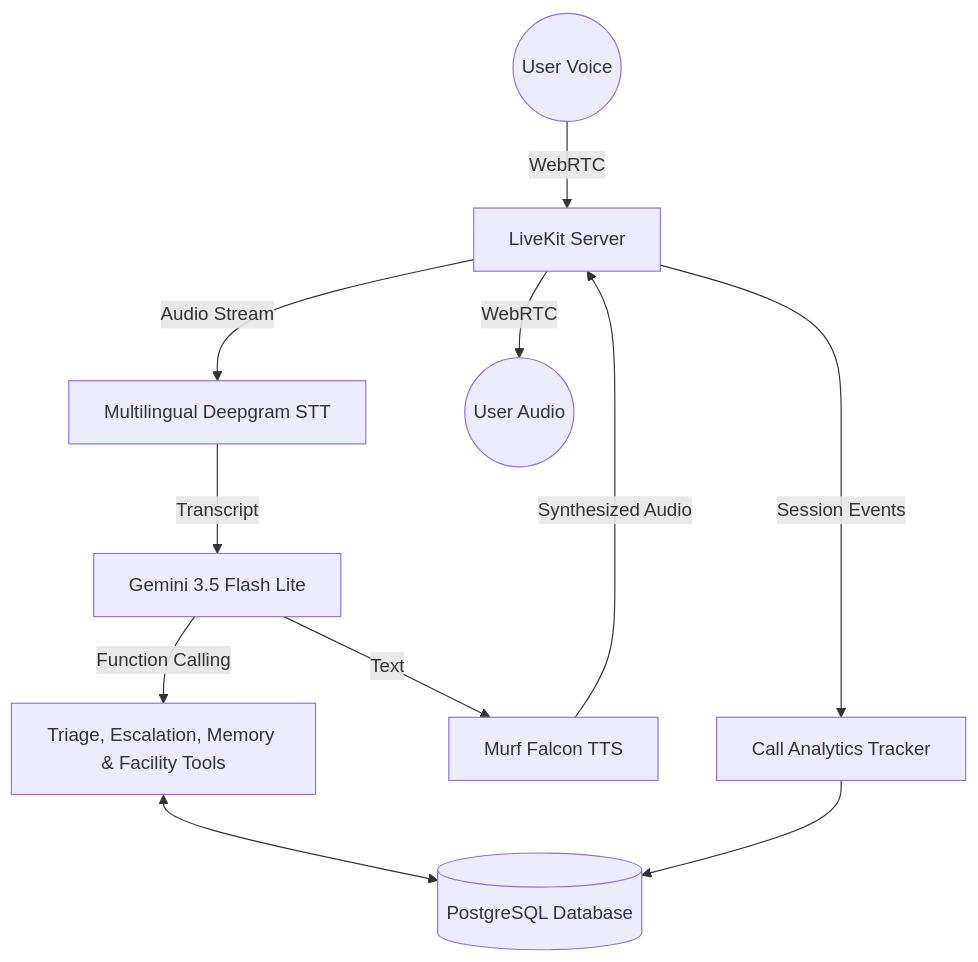
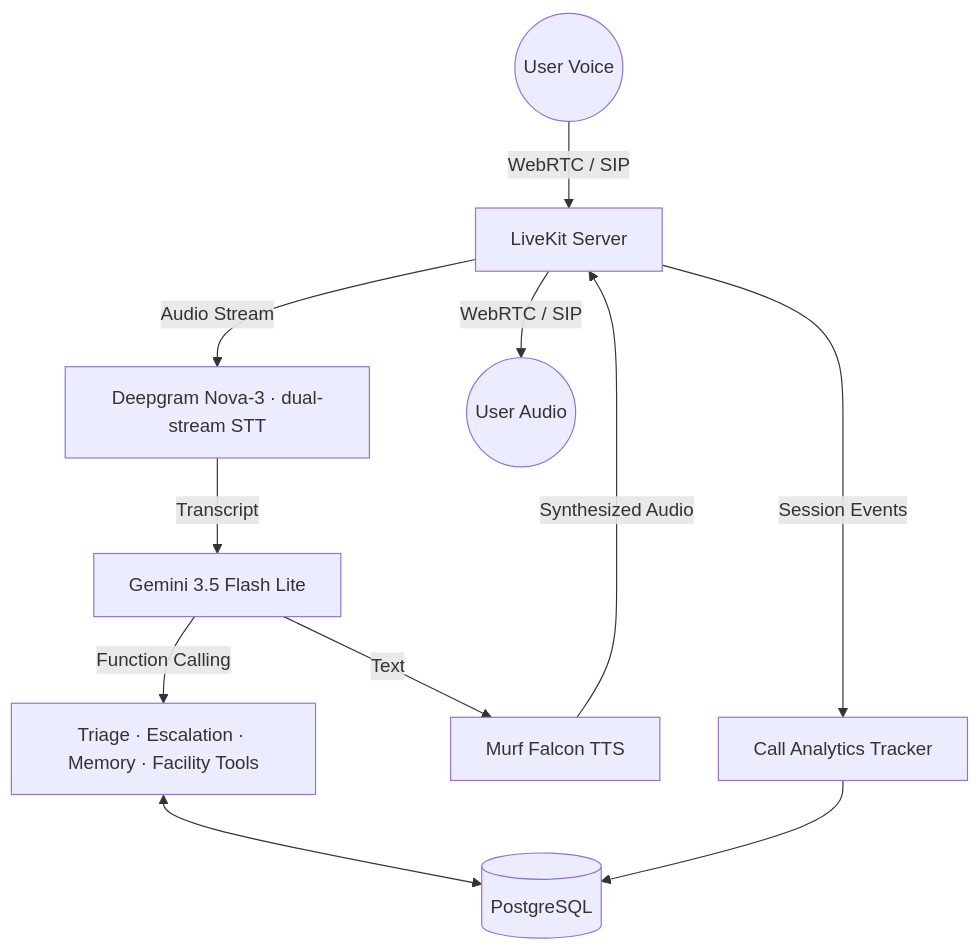
Before and after one commit to manthansingh26/murf-livekit-starter: the diagram in README.md, drawn with Mermaid. The commit also changed other lines of this file, not shown here.

````diff
--- a/README.md
+++ b/README.md
@@ -168,13 +25,13 @@
 ```mermaid
 graph TD
-    User((User Voice)) -->|WebRTC| LiveKit[LiveKit Server]
-    LiveKit -->|Audio Stream| STT[Multilingual Deepgram STT]
+    User((User Voice)) -->|WebRTC / SIP| LiveKit[LiveKit Server]
+    LiveKit -->|Audio Stream| STT[Deepgram Nova-3 · dual-stream STT]
     STT -->|Transcript| LLM[Gemini 3.5 Flash Lite]
-    LLM -->|Function Calling| Tools[Triage, Escalation, Memory & Facility Tools]
-    Tools <--> DB[(PostgreSQL Database)]
+    LLM -->|Function Calling| Tools[Triage · Escalation · Memory · Facility Tools]
+    Tools <--> DB[(PostgreSQL)]
     LLM -->|Text| TTS[Murf Falcon TTS]
     TTS -->|Synthesized Audio| LiveKit
-    LiveKit -->|WebRTC| UserEar((User Audio))
+    LiveKit -->|WebRTC / SIP| UserEar((User Audio))
     LiveKit -->|Session Events| Analytics[Call Analytics Tracker]
     Analytics --> DB
 ```
````
